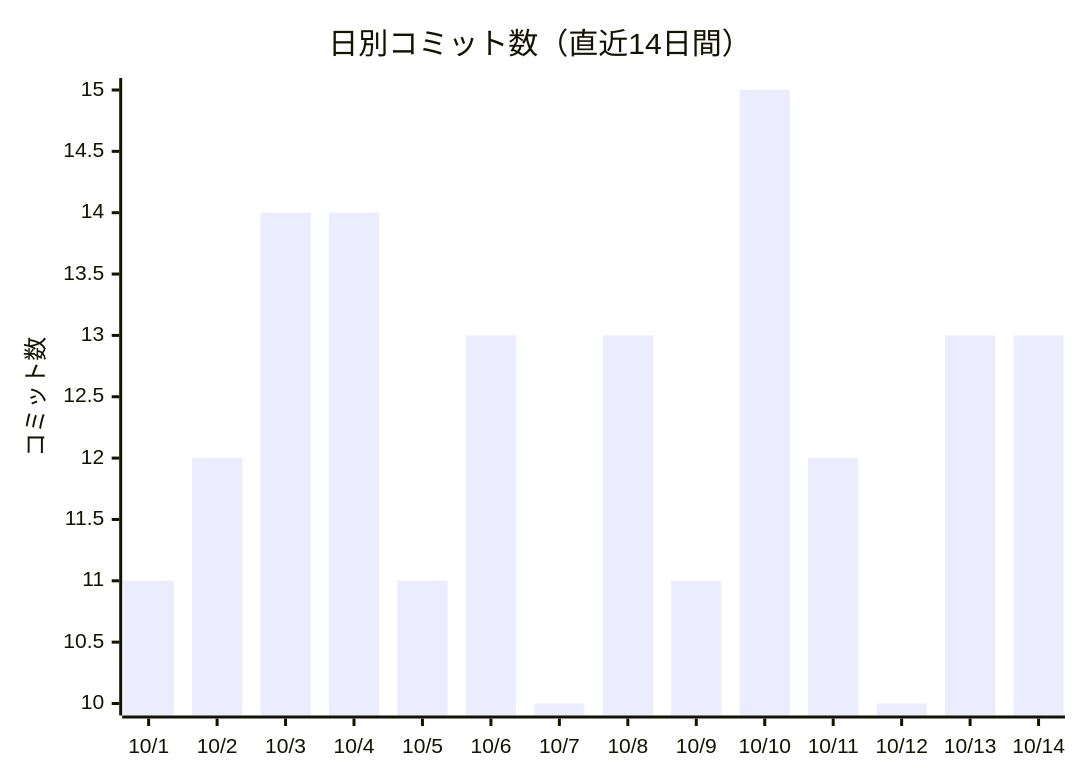
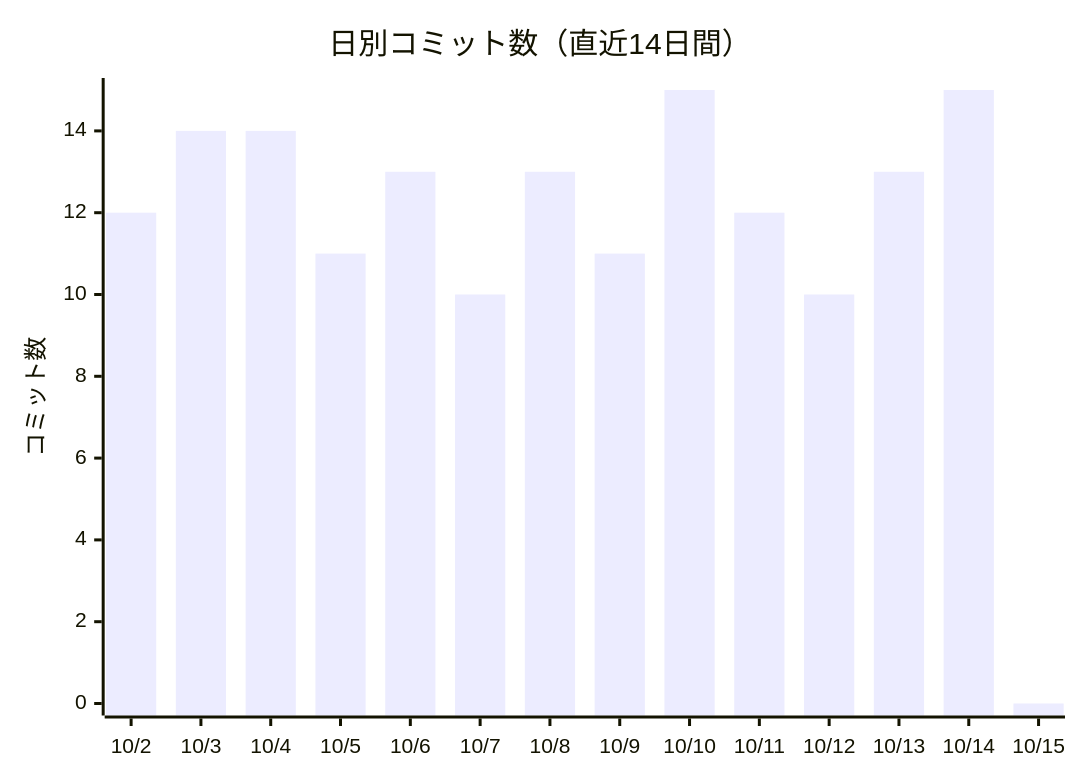
One commit to non-x2/non-x2 changed the first of 2 diagrams in docs/進化レポート.md. Above: the diagram before and after it, drawn with Mermaid. The commit also changed other lines of this file and 3 other files, not shown here.

````diff
--- a/docs/進化レポート.md
+++ b/docs/進化レポート.md
@@ -23,7 +23,7 @@
 ```mermaid
 xychart-beta
     title "日別コミット数（直近14日間）"
-    x-axis ["10/1", "10/2", "10/3", "10/4", "10/5", "10/6", "10/7", "10/8", "10/9", "10/10", "10/11", "10/12", "10/13", "10/14"]
+    x-axis ["10/2", "10/3", "10/4", "10/5", "10/6", "10/7", "10/8", "10/9", "10/10", "10/11", "10/12", "10/13", "10/14", "10/15"]
     y-axis "コミット数"
-    bar [11, 12, 14, 14, 11, 13, 10, 13, 11, 15, 12, 10, 13, 13]
+    bar [12, 14, 14, 11, 13, 10, 13, 11, 15, 12, 10, 13, 15, 0]
 ```
````
